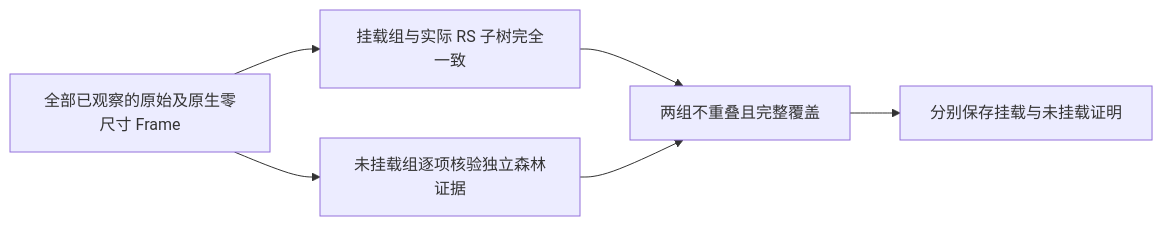
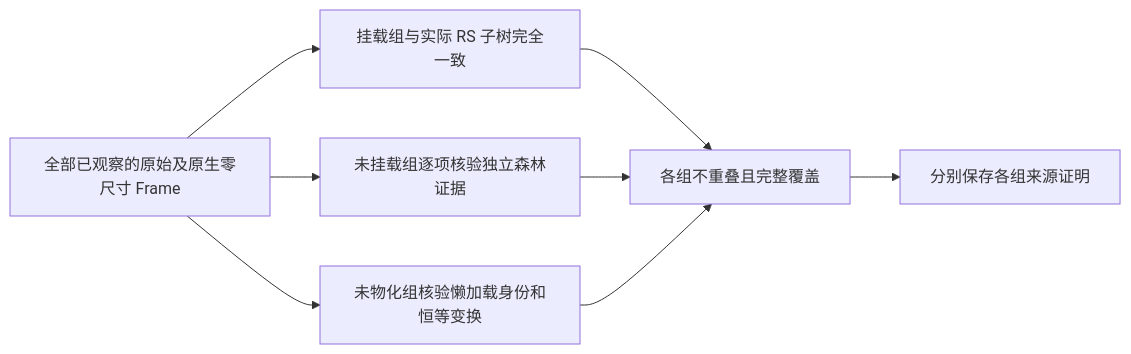
One commit to HoldThatThgt/Har-GUI changed the third of 4 diagrams in docs/exact-window-mapping.md. Above: the diagram before and after it, drawn with Mermaid. The commit also changed other lines of this file and 34 other files, not shown here.

````diff
--- a/docs/exact-window-mapping.md
+++ b/docs/exact-window-mapping.md
@@ -128,8 +142,10 @@
 ```mermaid
 flowchart LR
     Observed[全部已观察的原始及原生零尺寸 Frame] --> Mounted[挂载组与实际 RS 子树完全一致]
     Observed --> Detached[未挂载组逐项核验独立森林证据]
-    Mounted --> Coverage[两组不重叠且完整覆盖]
+    Observed --> Lazy[未物化组核验懒加载身份和恒等变换]
+    Mounted --> Coverage[各组不重叠且完整覆盖]
     Detached --> Coverage
-    Coverage --> Proof[分别保存挂载与未挂载证明]
+    Lazy --> Coverage
+    Coverage --> Proof[分别保存各组来源证明]
 ```
````
